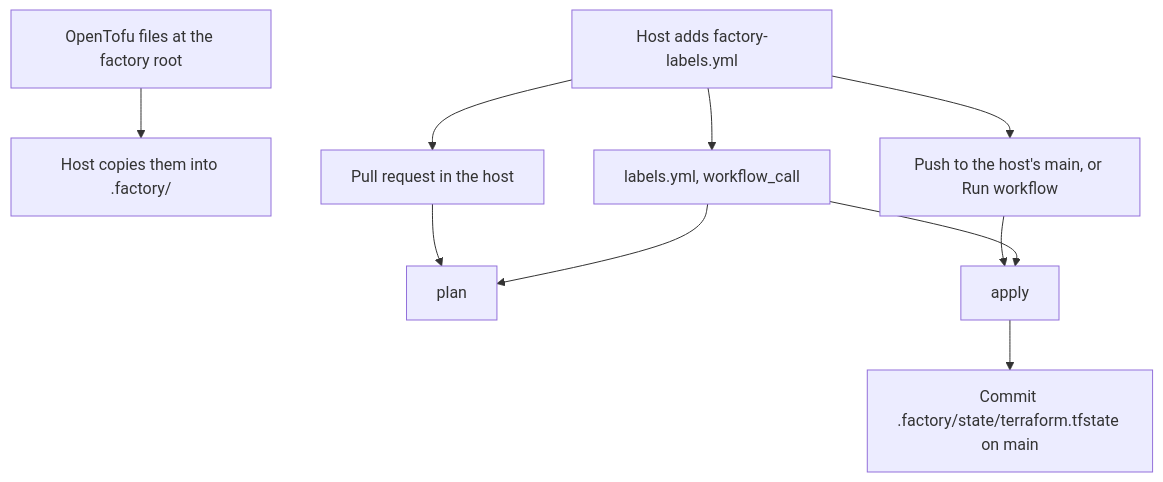
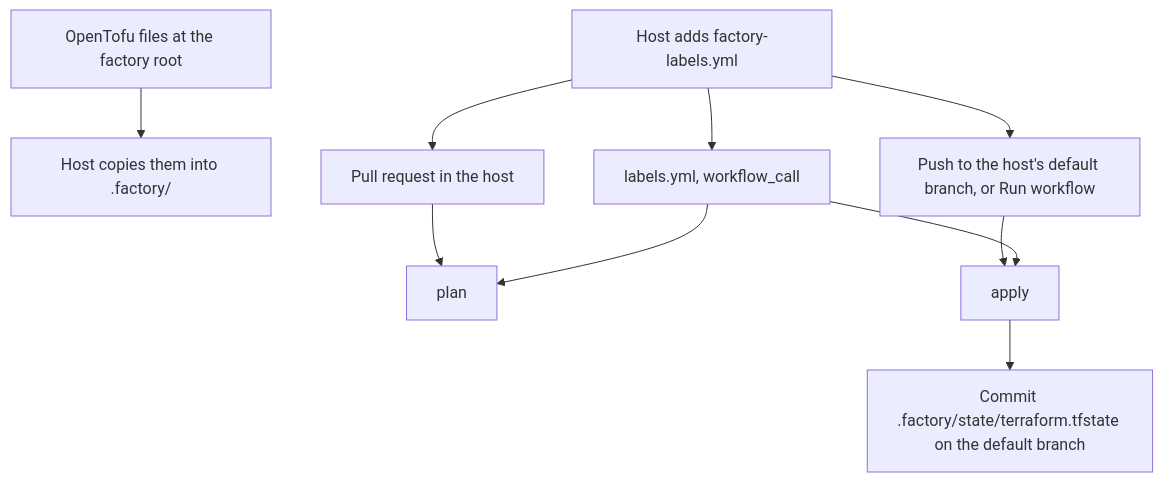
The diagram in README.md (TigranOhanyan/github-cursor-factory), drawn with Mermaid before and after one commit. The commit also changed other lines of this file and 2 other files, not shown here.

First line of the commit message:
Apply host labels on the repository default branch

````diff
--- a/README.md
+++ b/README.md
@@ -38,12 +38,12 @@
 ```mermaid
 flowchart TD
   files["OpenTofu files at the factory root"] --> dotfactory["Host copies them into .factory/"]
   caller["Host adds factory-labels.yml"] --> called["labels.yml, workflow_call"]
   pr["Pull request in the host"] --> plan["plan"]
-  main["Push to the host's main, or Run workflow"] --> apply["apply"]
+  push["Push to the host's default branch, or Run workflow"] --> apply["apply"]
   caller --> pr
-  caller --> main
+  caller --> push
   called --> plan
   called --> apply
-  apply --> state["Commit .factory/state/terraform.tfstate on main"]
+  apply --> state["Commit .factory/state/terraform.tfstate on the default branch"]
 ```
````
